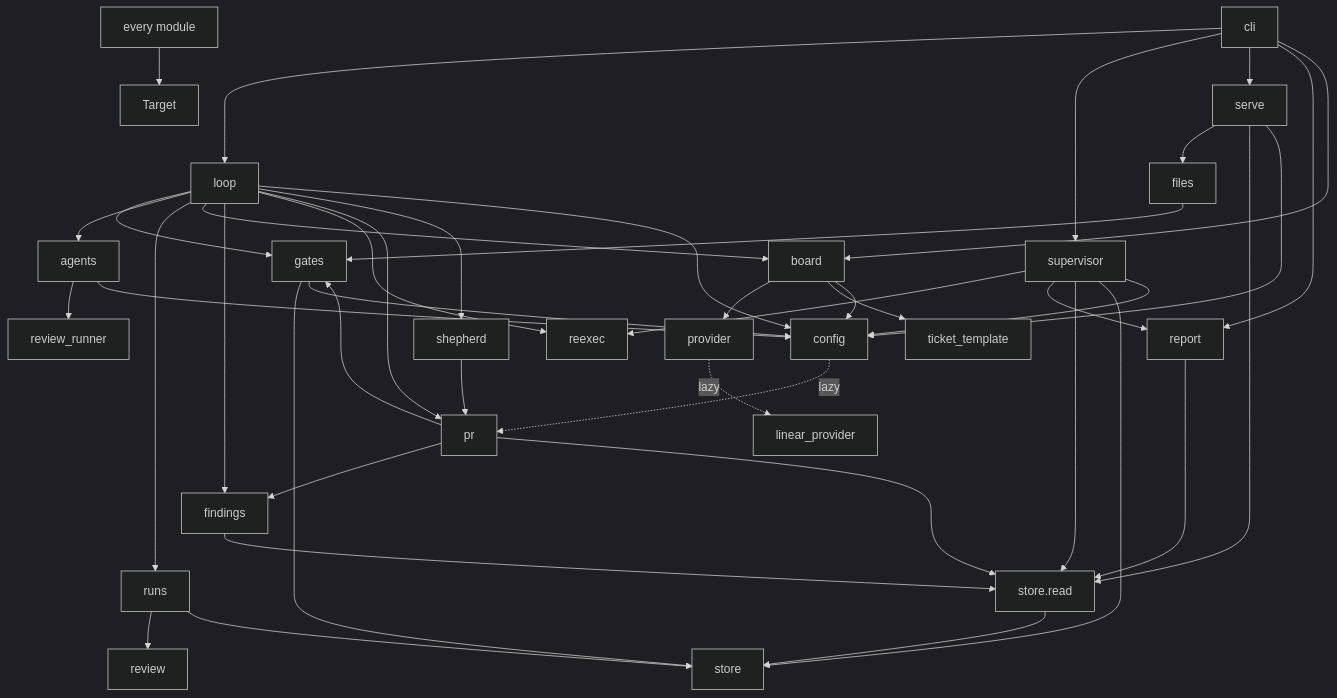
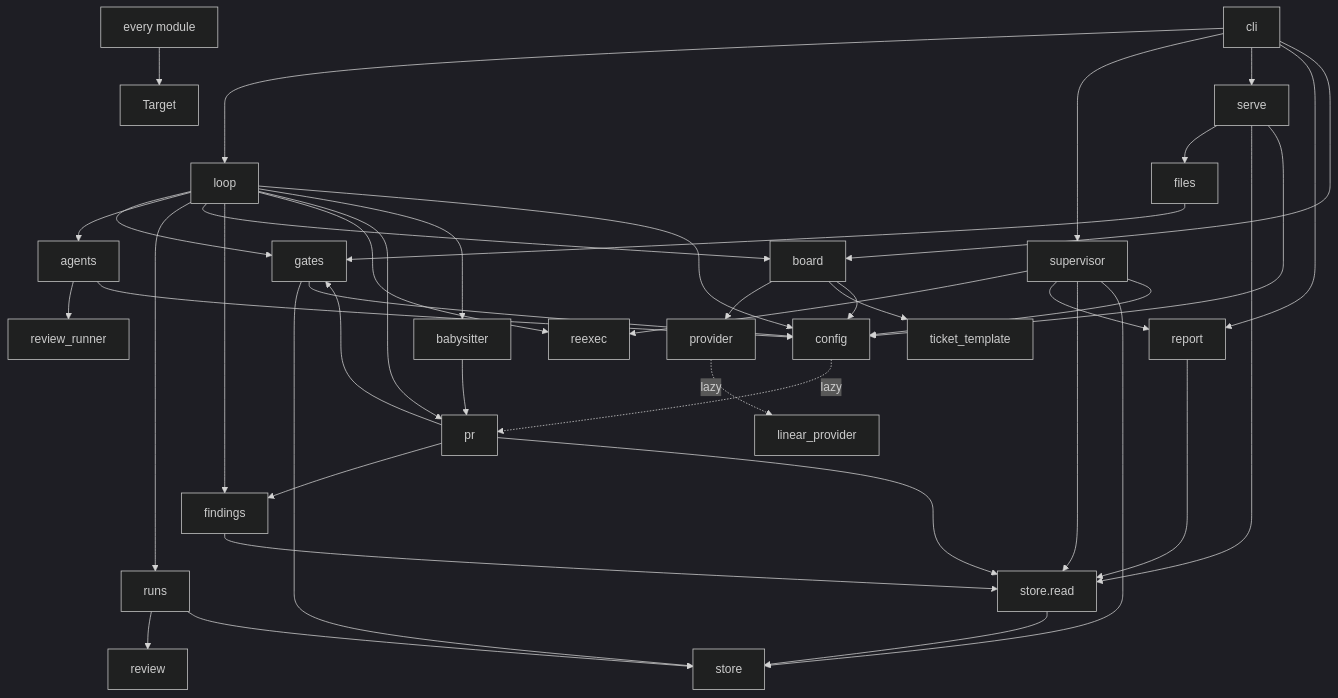
One commit to wevial/holophyte changed the diagram in docs/architecture/components.md. Above: the diagram before and after it, drawn with Mermaid (dark theme). The commit also changed other lines of this file and 26 other files, not shown here.

First line of the commit message:
KO-373: The shepherd is called the babysitter everywhere the operator reads it

````diff
--- a/docs/architecture/components.md
+++ b/docs/architecture/components.md
@@ -27,45 +27,45 @@
 ```mermaid
 flowchart TB
   cli[cli] --> loop
   cli --> supervisor
   cli --> serve
   cli --> report
   cli --> board
   loop --> gates
   loop --> agents
   loop --> runs
   loop --> board
   loop --> findings
   loop --> reexec
   loop --> pr
-  loop --> shepherd
-  shepherd --> pr
+  loop --> babysitter
+  babysitter --> pr
   pr --> findings
   pr --> gates
   pr --> read
   files --> gates
   serve --> files
   config -.lazy.-> pr
   supervisor --> reexec
   supervisor --> report
   agents --> review_runner[review_runner]
   runs --> review
   runs --> store
   gates --> store
   board --> provider
   board --> ticket_template[ticket_template]
   provider -.lazy.-> linear_provider[linear_provider]
   findings --> read[store.read]
   report --> read
   serve --> read
   supervisor --> read
   supervisor --> store
   read --> store
   loop --> config
   supervisor --> config
   serve --> config
   gates --> config
   agents --> config
   board --> config
   everything[every module] --> target[Target]
 ```
````
